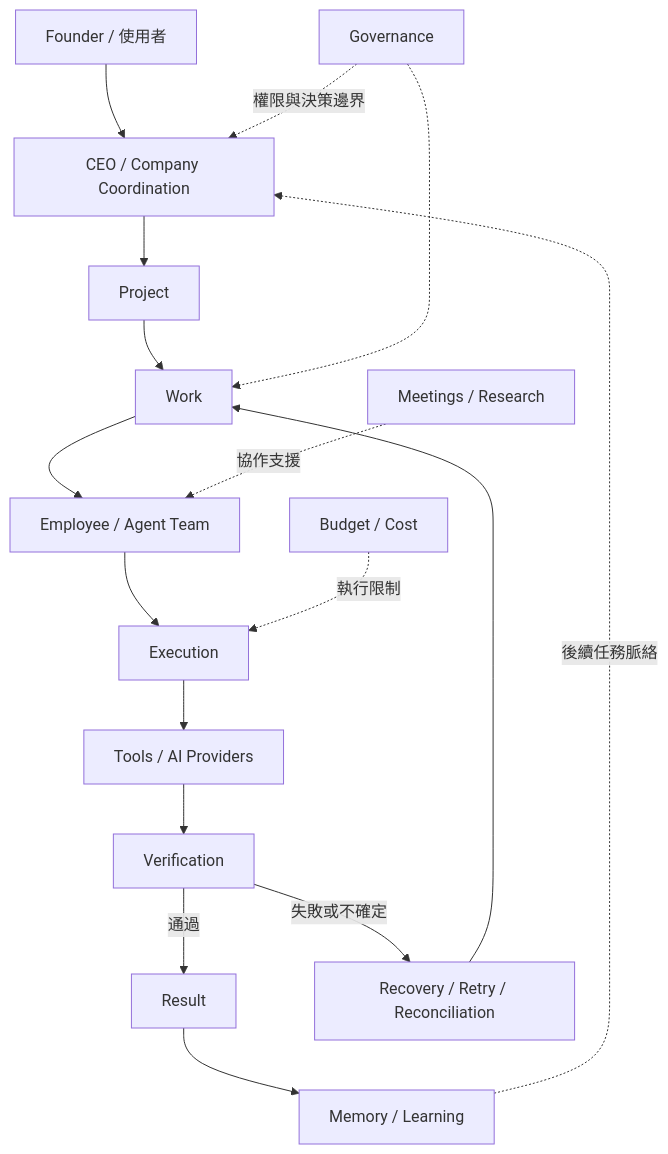
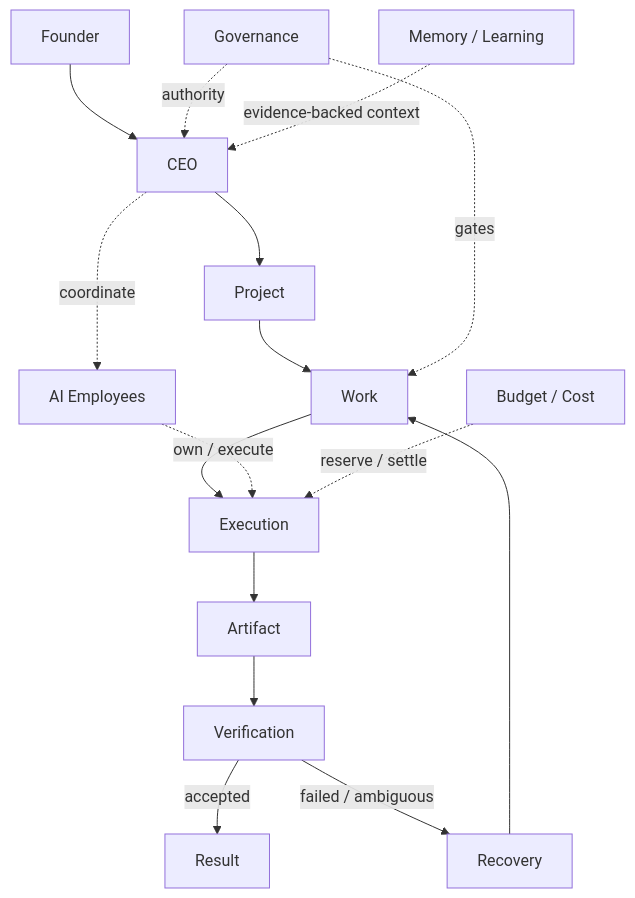
The diagram in README.md (eason11133/eason-one), drawn with Mermaid before and after one commit. The commit also changed other lines of this file and 36 other files, not shown here.

````diff
--- a/README.md
+++ b/README.md
@@ -23,20 +33,20 @@
 ```mermaid
 flowchart TD
-    F[Founder / 使用者] --> C[CEO / Company Coordination]
+    F[Founder] --> C[CEO]
     C --> P[Project]
     P --> W[Work]
-    W --> A[Employee / Agent Team]
-    A --> E[Execution]
-    E --> T[Tools / AI Providers]
-    T --> V[Verification]
-    V -->|通過| R[Result]
-    V -->|失敗或不確定| X[Recovery / Retry / Reconciliation]
+    W --> E[Execution]
+    E --> A[Artifact]
+    A --> V[Verification]
+    V -->|accepted| R[Result]
+    V -->|failed / ambiguous| X[Recovery]
     X --> W
-    R --> M[Memory / Learning]
 
-    G[Governance] -.權限與決策邊界.-> C
-    G -.-> W
-    B[Budget / Cost] -.執行限制.-> E
-    Q[Meetings / Research] -.協作支援.-> A
-    M -.後續任務脈絡.-> C
+    C -. coordinate .-> EMP[AI Employees]
+    EMP -. own / execute .-> E
+
+    G[Governance] -. authority .-> C
+    G -. gates .-> W
+    B[Budget / Cost] -. reserve / settle .-> E
+    M[Memory / Learning] -. evidence-backed context .-> C
 ```
````
